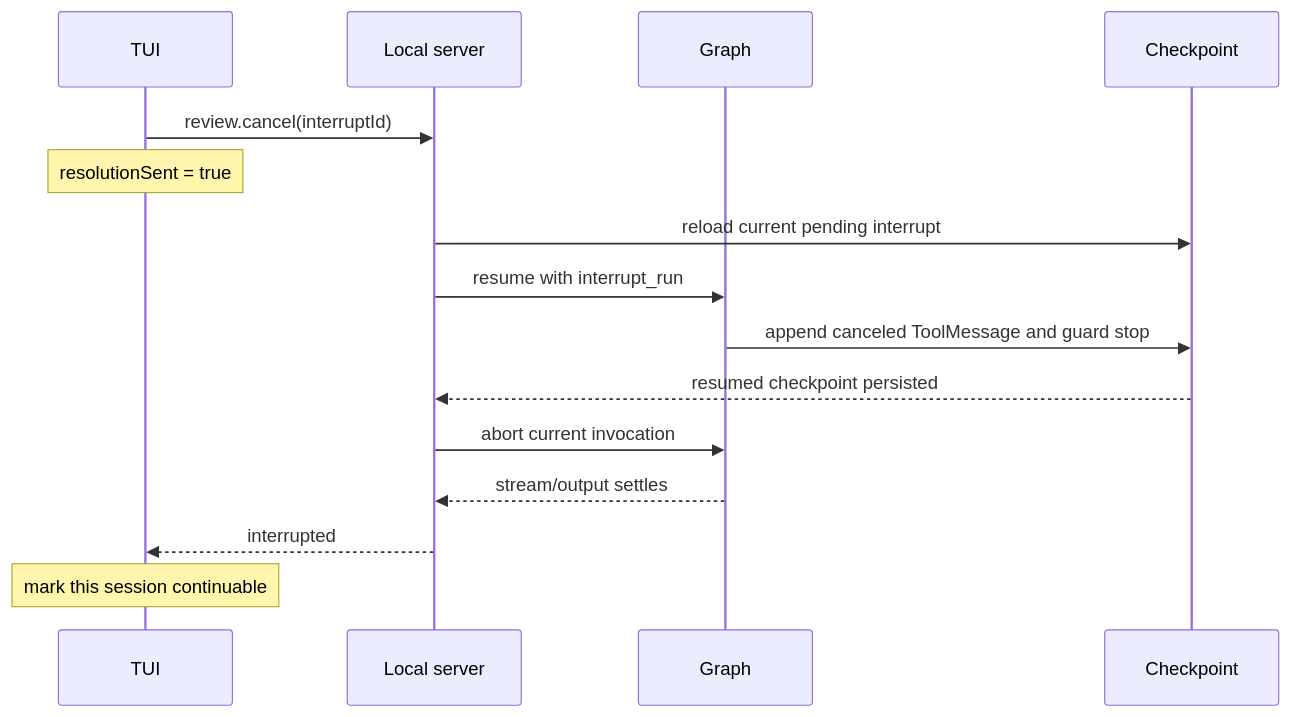
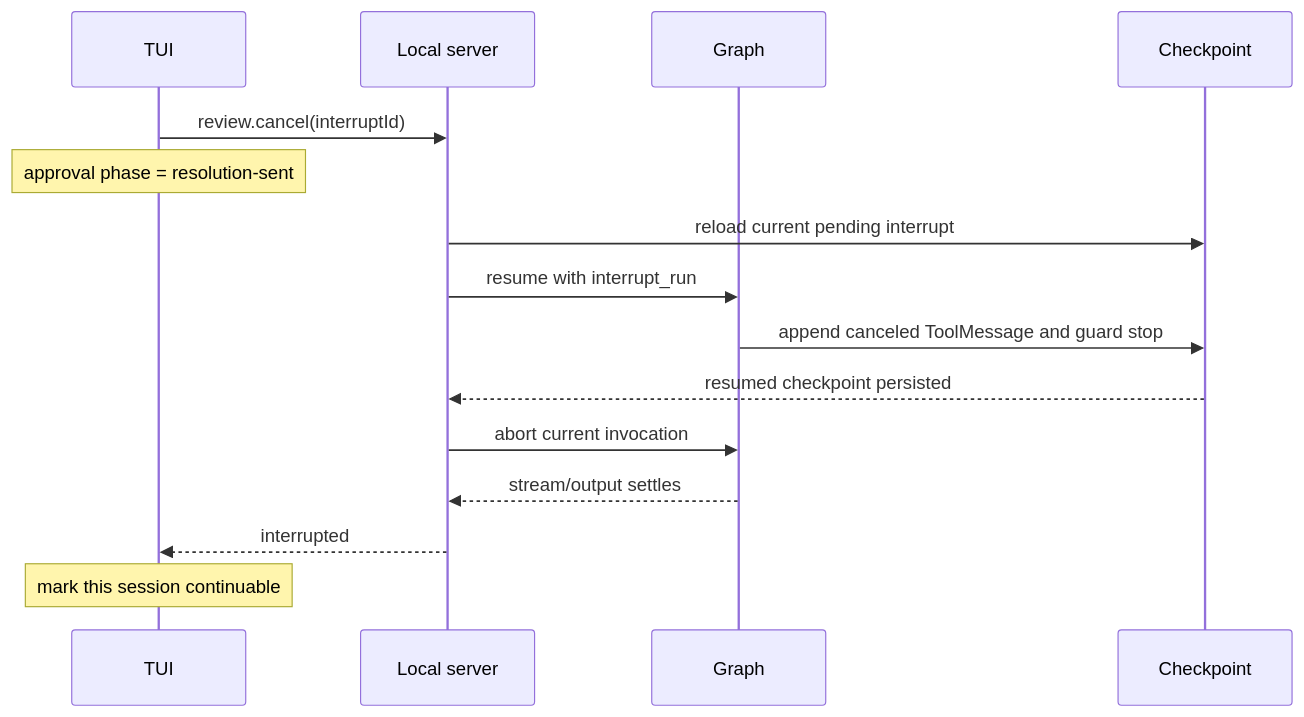
One commit to pinpawo/pinpawo-agent changed the second of 3 diagrams in docs/wiki/interruption-and-delegation-continuation.md. Above: the diagram before and after it, drawn with Mermaid. The commit also changed other lines of this file and 54 other files, not shown here.

````diff
--- a/docs/wiki/interruption-and-delegation-continuation.md
+++ b/docs/wiki/interruption-and-delegation-continuation.md
@@ -113,18 +113,18 @@
 ```mermaid
 sequenceDiagram
     participant TUI
     participant Server as Local server
     participant Graph
     participant Checkpoint
 
     TUI->>Server: review.cancel(interruptId)
-    Note over TUI: resolutionSent = true
+    Note over TUI: approval phase = resolution-sent
     Server->>Checkpoint: reload current pending interrupt
     Server->>Graph: resume with interrupt_run
     Graph->>Checkpoint: append canceled ToolMessage and guard stop
     Checkpoint-->>Server: resumed checkpoint persisted
     Server->>Graph: abort current invocation
     Graph-->>Server: stream/output settles
     Server-->>TUI: interrupted
     Note over TUI: mark this session continuable
 ```
````
